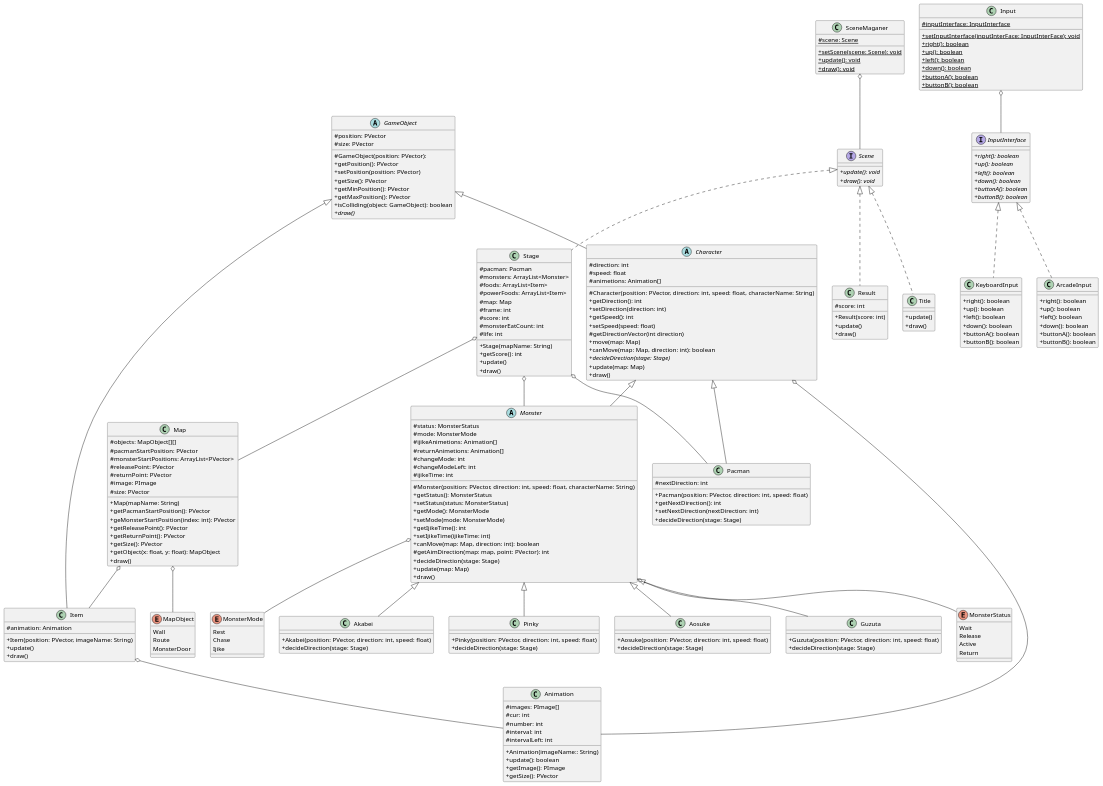
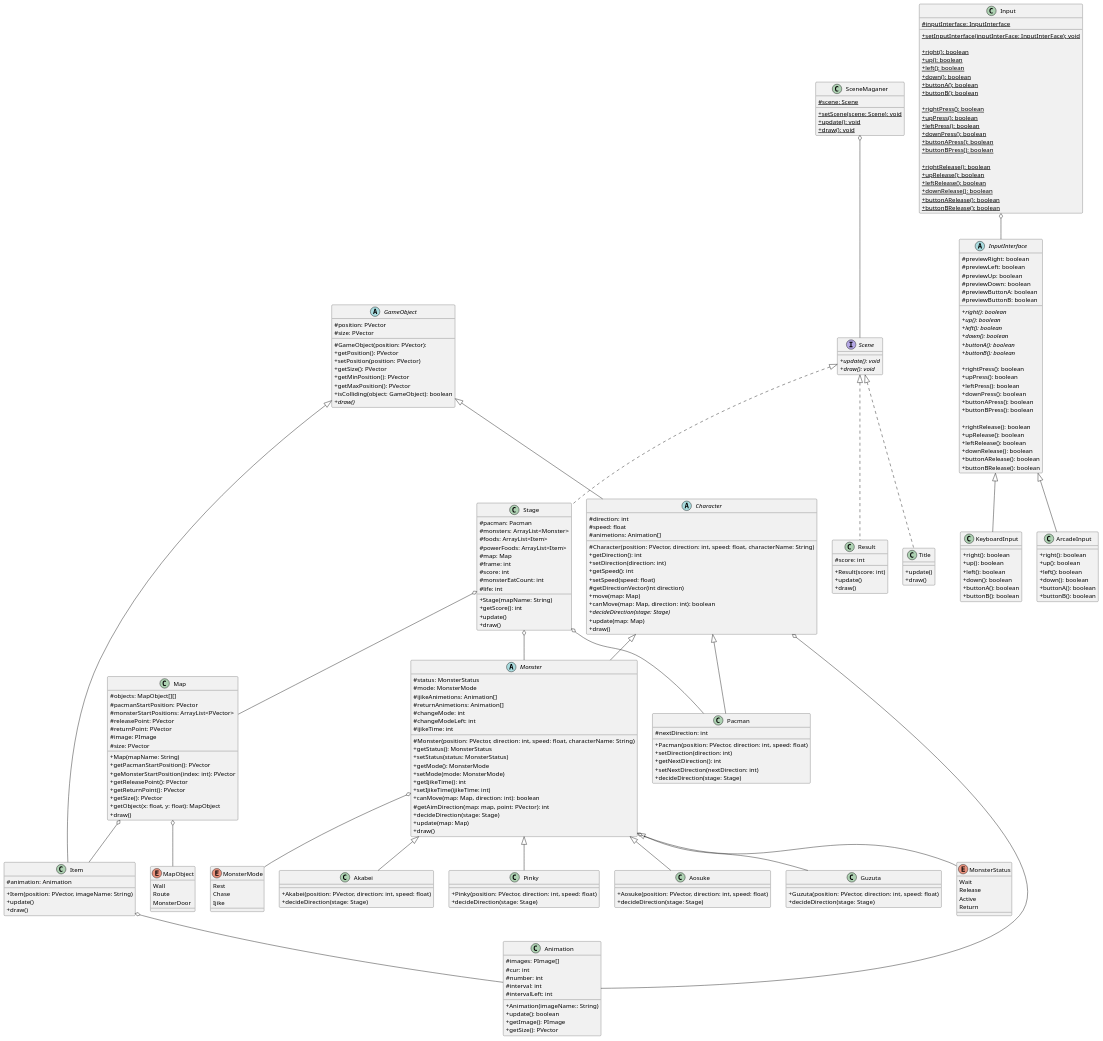
Before and after one commit to daicho/pacman: the diagram in UML/pacman.pu, drawn with PlantUML. The commit also changed 16 other files, not shown here.

```diff
--- a/UML/pacman.pu
+++ b/UML/pacman.pu
@@ -32,8 +32,8 @@
 Stage o-- Map
 
 Input o-- InputInterface
-InputInterface <|.. KeyboardInput
-InputInterface <|.. ArcadeInput
+InputInterface <|-- KeyboardInput
+InputInterface <|-- ArcadeInput
 
 abstract class GameObject {
     # position: PVector
@@ -71,6 +71,7 @@
     # nextDirection: int
 
     + Pacman(position: PVector, direction: int, speed: float)
+    + setDirection(direction: int)
     + getNextDirection(): int
     + setNextDirection(nextDirection: int)
     + decideDirection(stage: Stage)
@@ -221,13 +222,34 @@
     + draw()
 }
 
-interface InputInterface {
+abstract class InputInterface {
+    # previewRight: boolean
+    # previewLeft: boolean
+    # previewUp: boolean
+    # previewDown: boolean
+    # previewButtonA: boolean
+    # previewButtonB: boolean
+
     + {abstract} right(): boolean
     + {abstract} up(): boolean
     + {abstract} left(): boolean
     + {abstract} down(): boolean
     + {abstract} buttonA(): boolean
     + {abstract} buttonB(): boolean
+
+    + rightPress(): boolean
+    + upPress(): boolean
+    + leftPress(): boolean
+    + downPress(): boolean
+    + buttonAPress(): boolean
+    + buttonBPress(): boolean
+
+    + rightRelease(): boolean
+    + upRelease(): boolean
+    + leftRelease(): boolean
+    + downRelease(): boolean
+    + buttonARelease(): boolean
+    + buttonBRelease(): boolean
 }
 
 class KeyboardInput {
@@ -252,12 +274,27 @@
     # {static} inputInterface: InputInterface
 
     + {static} setInputInterface(inputInterFace: InputInterFace): void
+
     + {static} right(): boolean
     + {static} up(): boolean
     + {static} left(): boolean
     + {static} down(): boolean
     + {static} buttonA(): boolean
     + {static} buttonB(): boolean
+
+    + {static} rightPress(): boolean
+    + {static} upPress(): boolean
+    + {static} leftPress(): boolean
+    + {static} downPress(): boolean
+    + {static} buttonAPress(): boolean
+    + {static} buttonBPress(): boolean
+
+    + {static} rightRelease(): boolean
+    + {static} upRelease(): boolean
+    + {static} leftRelease(): boolean
+    + {static} downRelease(): boolean
+    + {static} buttonARelease(): boolean
+    + {static} buttonBRelease(): boolean
 }
 
 @enduml
```
